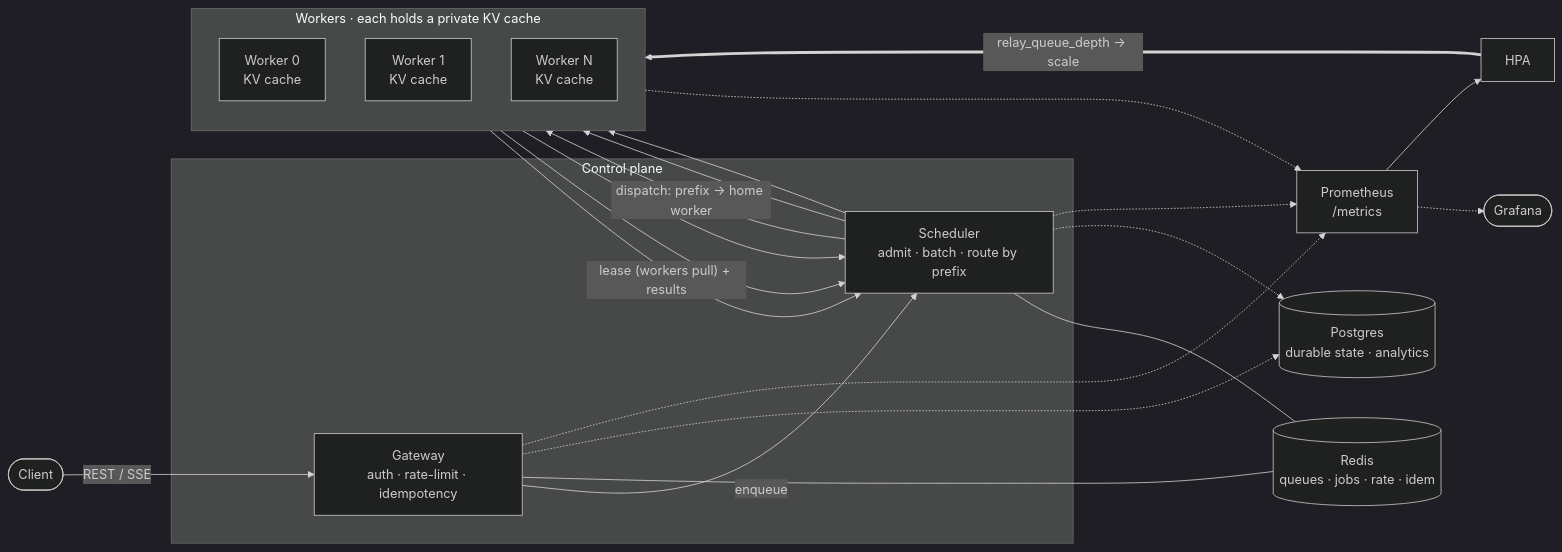
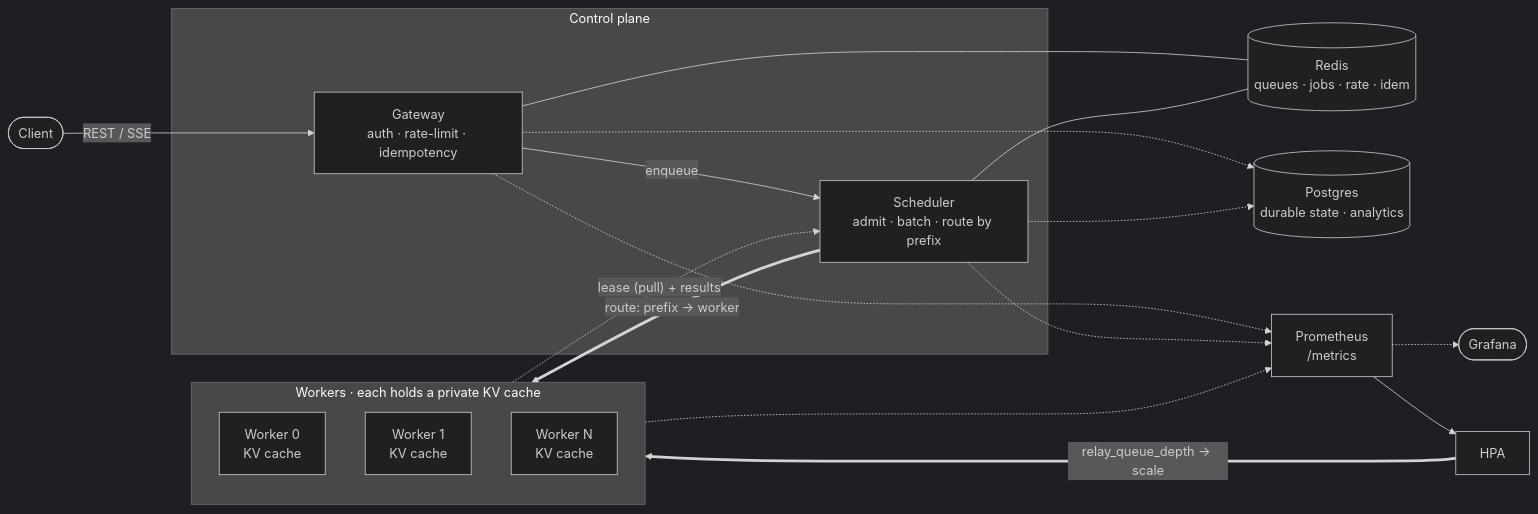
Before and after one commit to Park07/Relay: the diagram in README.md, drawn with Mermaid (dark theme).

````diff
--- a/README.md
+++ b/README.md
@@ -97,44 +97,39 @@
 ```mermaid
 flowchart LR
     client([Client])
 
     subgraph cp["Control plane"]
         gw["Gateway<br/>auth · rate-limit · idempotency"]
         sch["Scheduler<br/>admit · batch · route by prefix"]
     end
 
     subgraph pool["Workers · each holds a private KV cache"]
         direction TB
         w0["Worker 0<br/>KV cache"]
         w1["Worker 1<br/>KV cache"]
         wN["Worker N<br/>KV cache"]
     end
 
     redis[("Redis<br/>queues · jobs · rate · idem")]
     pg[("Postgres<br/>durable state · analytics")]
     prom["Prometheus<br/>/metrics"]
     graf(["Grafana"])
     hpa["HPA"]
 
     client -->|"REST / SSE"| gw
     gw -->|enqueue| sch
-
-    sch -->|"dispatch: prefix → home worker"| w0
-    sch --> w1
-    sch --> wN
-    w0 -->|"lease (workers pull) + results"| sch
-    w1 --> sch
-    wN --> sch
+    sch ==>|"route: prefix → worker"| pool
+    pool -.->|"lease (pull) + results"| sch
 
     gw --- redis
     sch --- redis
     gw -.-> pg
     sch -.-> pg
 
     gw -.-> prom
     sch -.-> prom
-    w0 -.-> prom
+    pool -.-> prom
     prom -.-> graf
     prom --> hpa
     hpa ==>|"relay_queue_depth → scale"| pool
 ```
````
